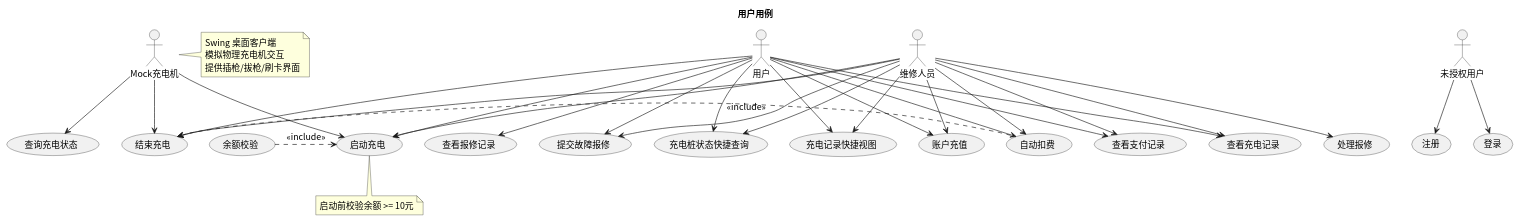
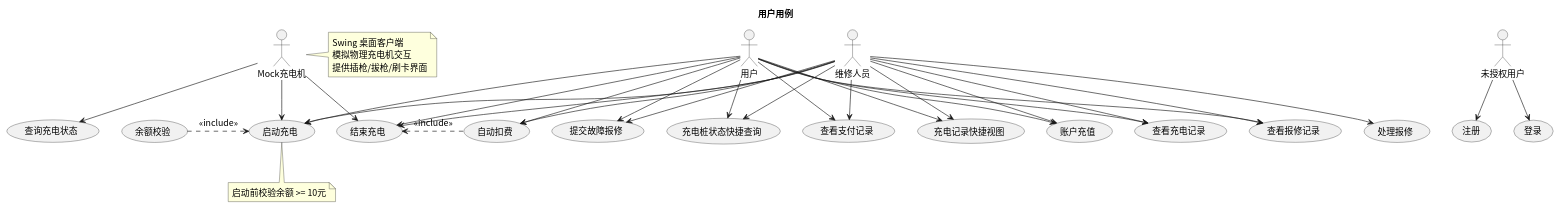
Before and after one commit to greenhandzdl/charging-station-doc: the diagram in usecase/docs/overview/src/user_usecases.puml, drawn with PlantUML. The commit also changed 7 other files, not shown here.

First line of the commit message:
fix: 第18轮架构一致性修复 — 4项跨图不一致问题

```diff
--- a/usecase/docs/overview/src/user_usecases.puml
+++ b/usecase/docs/overview/src/user_usecases.puml
@@ -1,59 +1,60 @@
 @startuml
 skinparam defaultFontName "Noto Sans CJK SC"
 skinparam defaultFontSize 14
 title 用户用例
 skinparam useCaseShape rectangle
 
 actor "未授权用户" as G
 actor "用户" as U
 actor "维修人员" as M
 actor "Mock充电机" as MC
 
 note right of MC : Swing 桌面客户端\n模拟物理充电机交互\n提供插枪/拔枪/刷卡界面
 
 usecase "注册" as REG
 usecase "登录" as LOG
 usecase "账户充值" as RCH
 usecase "启动充电" as CS
 usecase "余额校验" as BAL
 usecase "结束充电" as EC
 usecase "自动扣费" as AD
 usecase "查看充电记录" as VCR
 usecase "查看支付记录" as VPR
 usecase "提交故障报修" as SRT
 usecase "处理报修" as HR
 usecase "充电记录快捷视图" as QV
 usecase "充电桩状态快捷查询" as QC
 usecase "查看报修记录" as VR
 usecase "查询充电状态" as QC_CM
 
 G --> REG
 G --> LOG
 U --> RCH
 U --> CS
 U --> EC
 U --> AD
 U --> VCR
 U --> VPR
 U --> SRT
 U --> QV
 U --> QC
 U --> VR
 M --> RCH
 M --> CS
 M --> EC
 M --> AD
 M --> VCR
 M --> VPR
 M --> SRT
 M --> HR
 M --> QV
 M --> QC
+M --> VR
 MC --> CS
 MC --> EC
 MC --> QC_CM
 
 CS <.left. BAL : <<include>>
 note bottom of CS : 启动前校验余额 >= 10元
 EC <.right. AD : <<include>>
 @enduml
```
